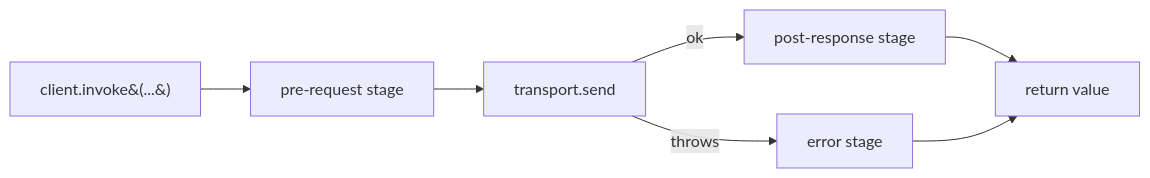
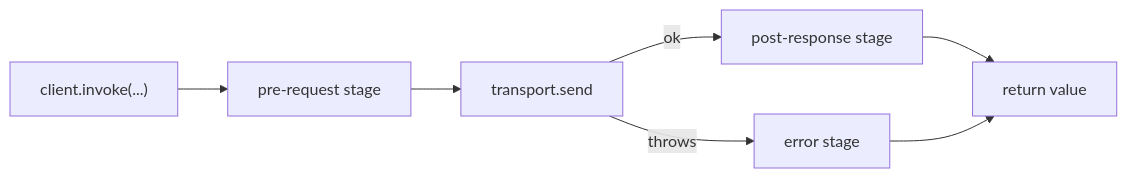
The diagram in docs/frontend/netron/middleware.md (omnitron-dev/website), drawn with Mermaid before and after one commit. The commit also changed 25 other files, not shown here.

Commit message:
docs: render structured trees and correct infrastructure diagrams

````diff
--- a/docs/frontend/netron/middleware.md
+++ b/docs/frontend/netron/middleware.md
@@ -23,9 +23,9 @@
 ```mermaid
 flowchart LR
-  Inv[client.invoke&#40;...&#41;] --> Pre[pre-request stage]
+  Inv["client.invoke(...)"] --> Pre[pre-request stage]
   Pre --> Send[transport.send]
   Send -- ok --> Post[post-response stage]
   Send -- throws --> Err[error stage]
   Post --> Out[return value]
   Err --> Out
 ```
````
